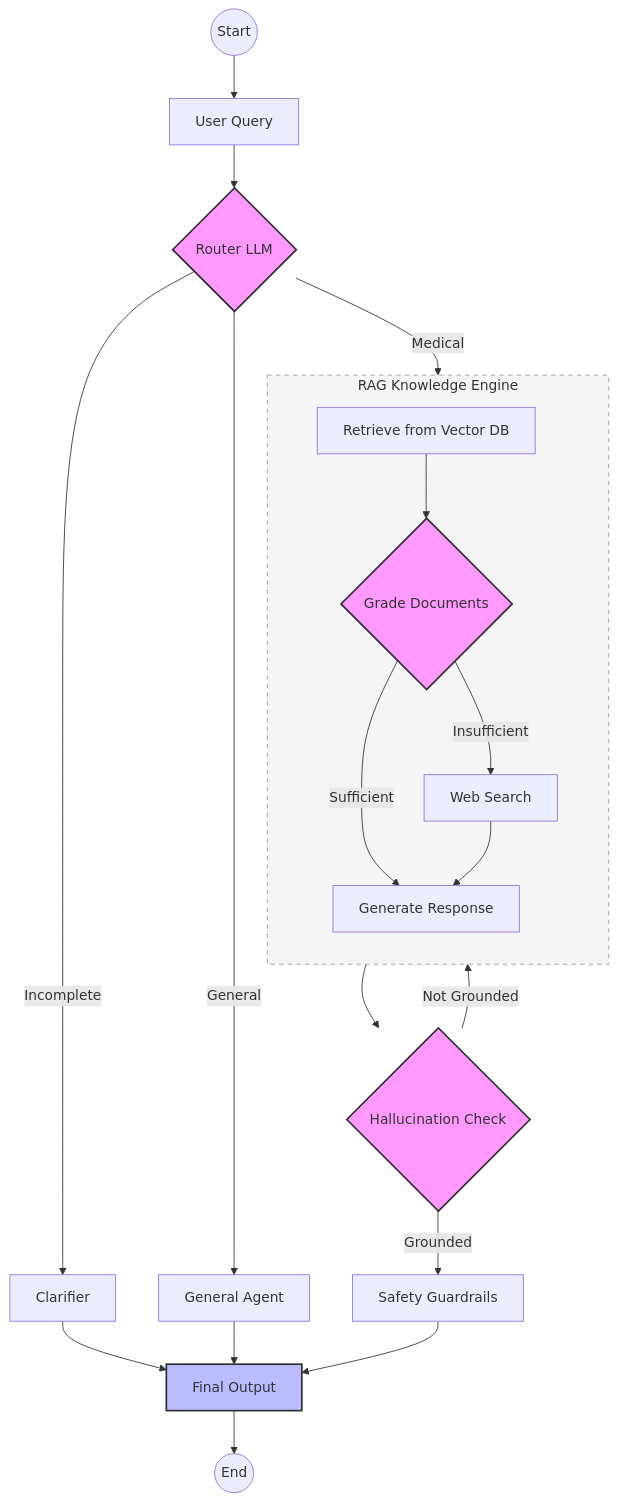
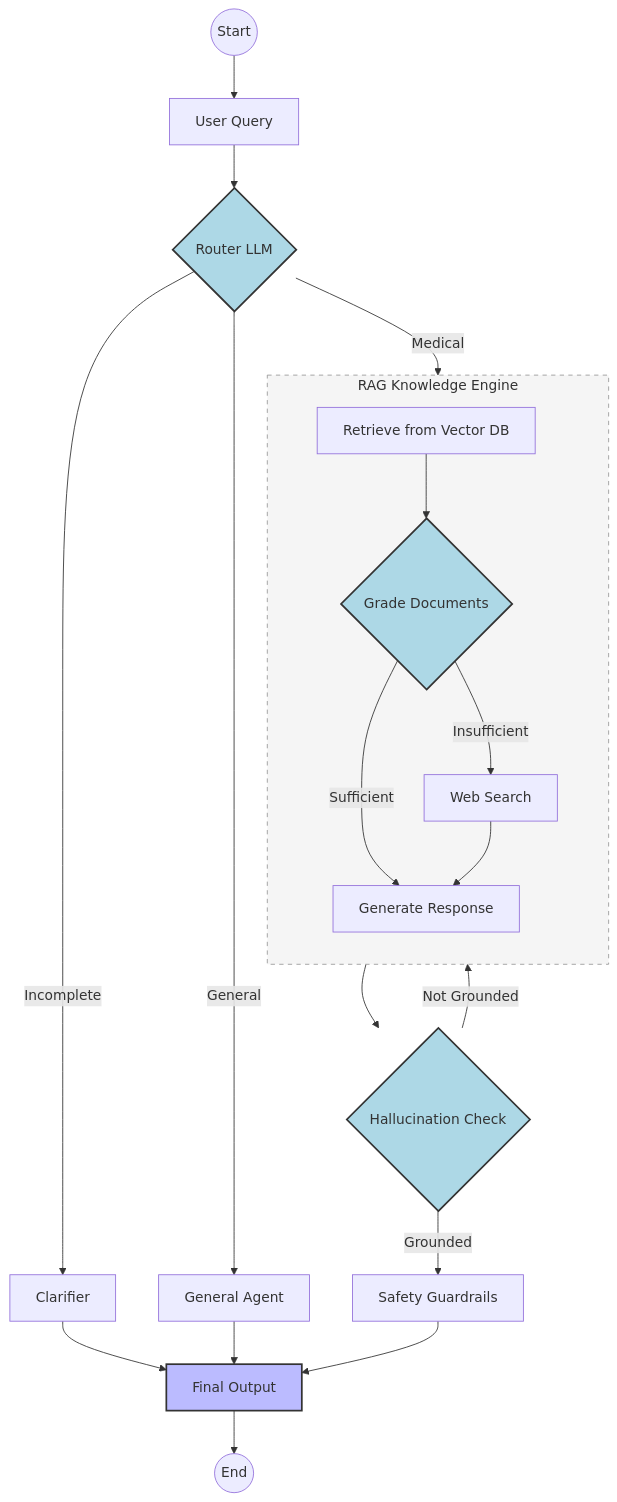
The diagram in README.MD (huangboryac-web/MedAgent), drawn with Mermaid before and after one commit. The commit also changed other lines of this file, not shown here.

Commit message:
chore: update mermaid diagram

````diff
--- a/README.MD
+++ b/README.MD
@@ -72,40 +73,39 @@
 ```mermaid
-
 graph TD
     %% Define Nodes
     Start((Start)) --> A[User Query]
     A --> B{Router LLM}
 
     %% Routing Paths
     B -->|Incomplete| C[Clarifier]
     B -->|General| D[General Agent]
 
     %% Knowledge Retrieval Subgraph
     subgraph Knowledge_Engine [RAG Knowledge Engine]
         direction TB
         E[Retrieve from Vector DB] --> F{Grade Documents}
         F -->|Insufficient| H[Web Search]
         F -->|Sufficient| G[Generate Response]
         H --> G
     end
 
     B -->|Medical| E
 
     %% Validation Loops
     G --> I{Hallucination Check}
     I -->|Not Grounded| G
     I -->|Grounded| J[Safety Guardrails]
 
     %% Output
     C --> K[Final Output]
     D --> K
     J --> K
     K --> End((End))
 
-    %% Styling
-    style B fill:#f9f,stroke:#333,stroke-width:2px
-    style F fill:#f9f,stroke:#333,stroke-width:2px
-    style I fill:#f9f,stroke:#333,stroke-width:2px
+    style B fill:#add8e6,stroke:#333,stroke-width:2px
+    style F fill:#add8e6,stroke:#333,stroke-width:2px
+    style I fill:#add8e6,stroke:#333,stroke-width:2px
+
     style K fill:#bbf,stroke:#333,stroke-width:2px
     style Knowledge_Engine fill:#f5f5f5,stroke:#999,stroke-dasharray: 5 5
 ```
````
